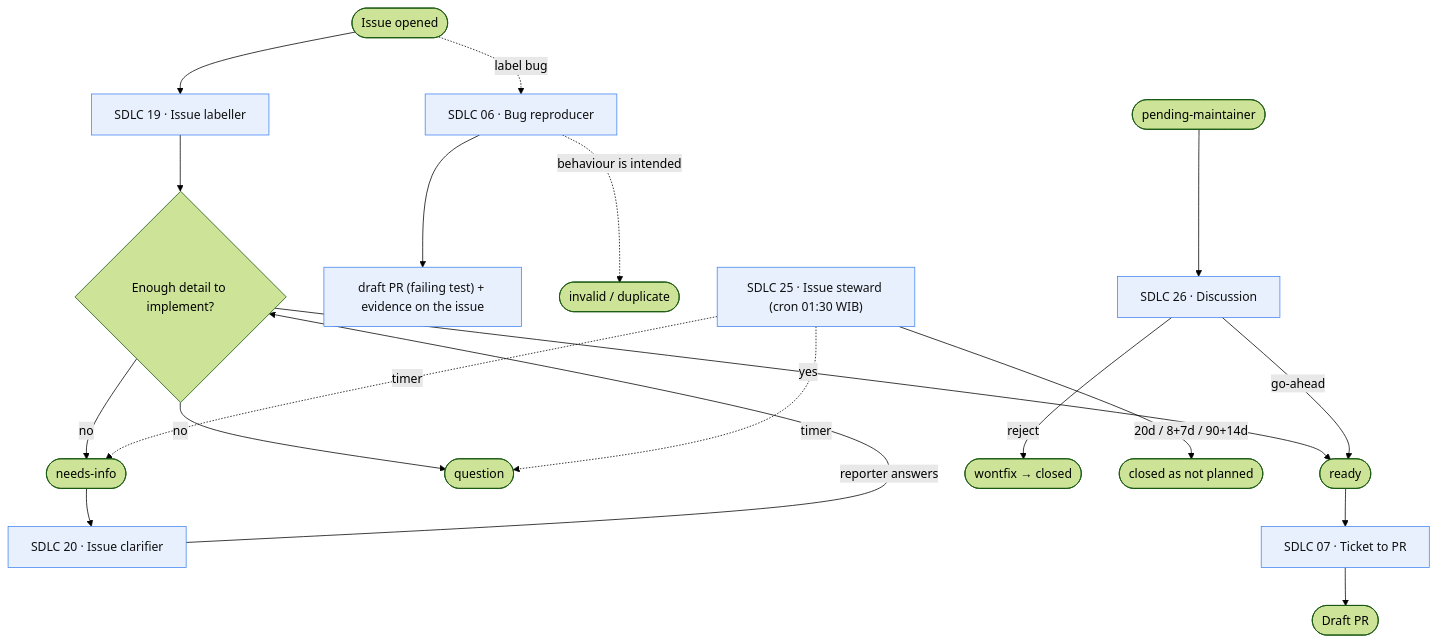
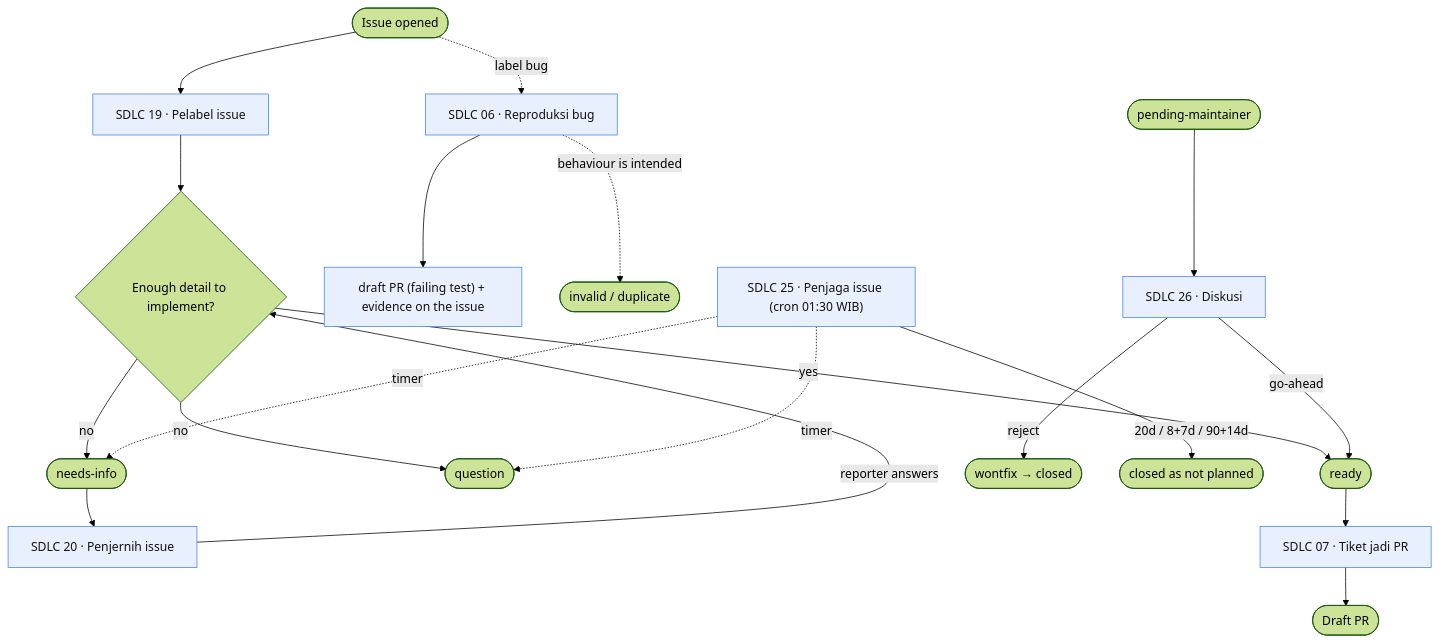
Before and after one commit to ypcipansor/cipansor: the second of 5 diagrams in docs/SDLC-FLOW.md, drawn with Mermaid (forest theme). The commit also changed other lines of this file, not shown here.

First line of the commit message:
docs(sdlc): use the live automation names in the flow diagram

````diff
--- a/docs/SDLC-FLOW.md
+++ b/docs/SDLC-FLOW.md
@@ -75,29 +75,29 @@
 ```mermaid
 flowchart TD
   classDef cloud fill:#e8f0fe,stroke:#4285f4,color:#111;
   classDef human fill:#e9f7ef,stroke:#27ae60,color:#111;
 
-  I([Issue opened]) --> C19["SDLC 19 · Issue labeller"]:::cloud
+  I([Issue opened]) --> C19["SDLC 19 · Pelabel issue"]:::cloud
   C19 --> D{"Enough detail to implement?"}
   D -- yes --> R(["ready"])
   D -- no --> Q(["question"])
   D -- no --> NI(["needs-info"])
 
-  NI --> C20["SDLC 20 · Issue clarifier"]:::cloud
+  NI --> C20["SDLC 20 · Penjernih issue"]:::cloud
   C20 -- "reporter answers" --> D
 
-  I -. "label bug" .-> C6["SDLC 06 · Bug reproducer"]:::cloud
+  I -. "label bug" .-> C6["SDLC 06 · Reproduksi bug"]:::cloud
   C6 --> BUG["draft PR (failing test) + evidence on the issue"]:::cloud
   C6 -. "behaviour is intended" .-> INV(["invalid / duplicate"])
 
-  PM(["pending-maintainer"]) --> C26["SDLC 26 · Discussion"]:::cloud
+  PM(["pending-maintainer"]) --> C26["SDLC 26 · Diskusi"]:::cloud
   C26 -- "go-ahead" --> R
   C26 -- "reject" --> WF(["wontfix → closed"])
 
-  R --> C7["SDLC 07 · Ticket to PR"]:::cloud --> DPR([Draft PR])
+  R --> C7["SDLC 07 · Tiket jadi PR"]:::cloud --> DPR([Draft PR])
 
-  C25["SDLC 25 · Issue steward (cron 01:30 WIB)"]:::cloud
+  C25["SDLC 25 · Penjaga issue (cron 01:30 WIB)"]:::cloud
   C25 -. "timer" .-> NI
   C25 -. "timer" .-> Q
   C25 -- "20d / 8+7d / 90+14d" --> CL(["closed as not planned"])
 ```
````
